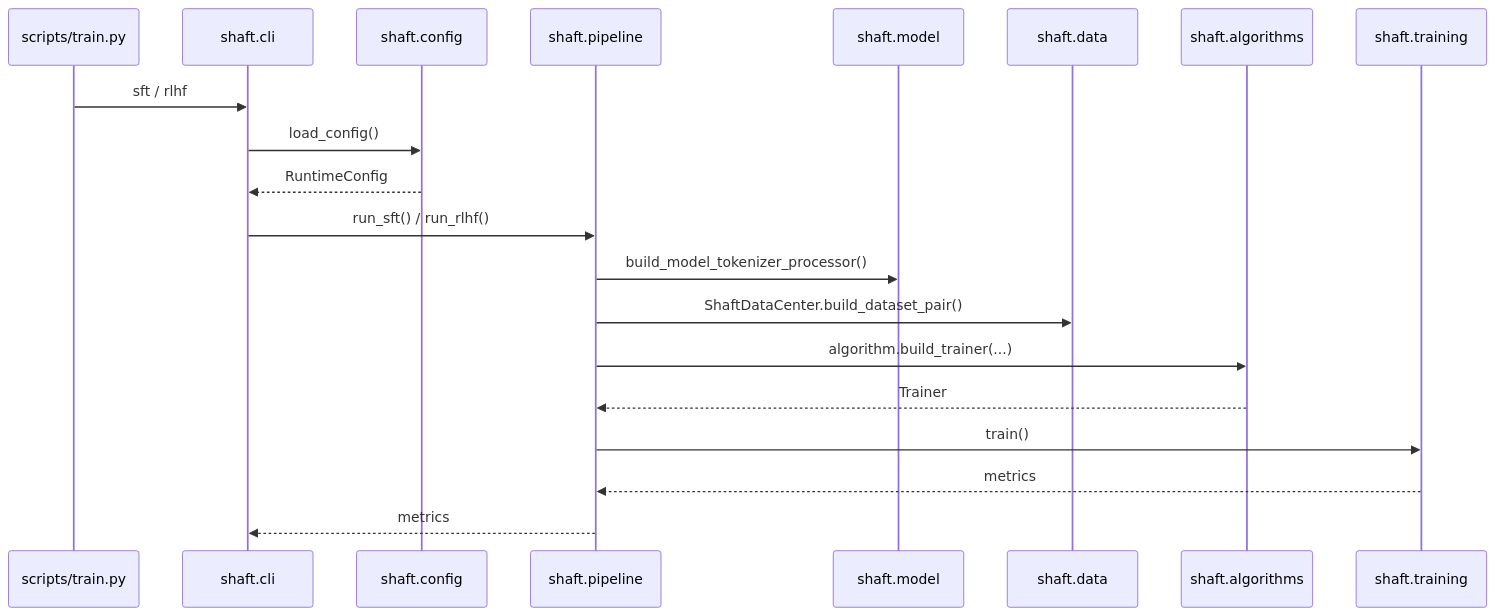
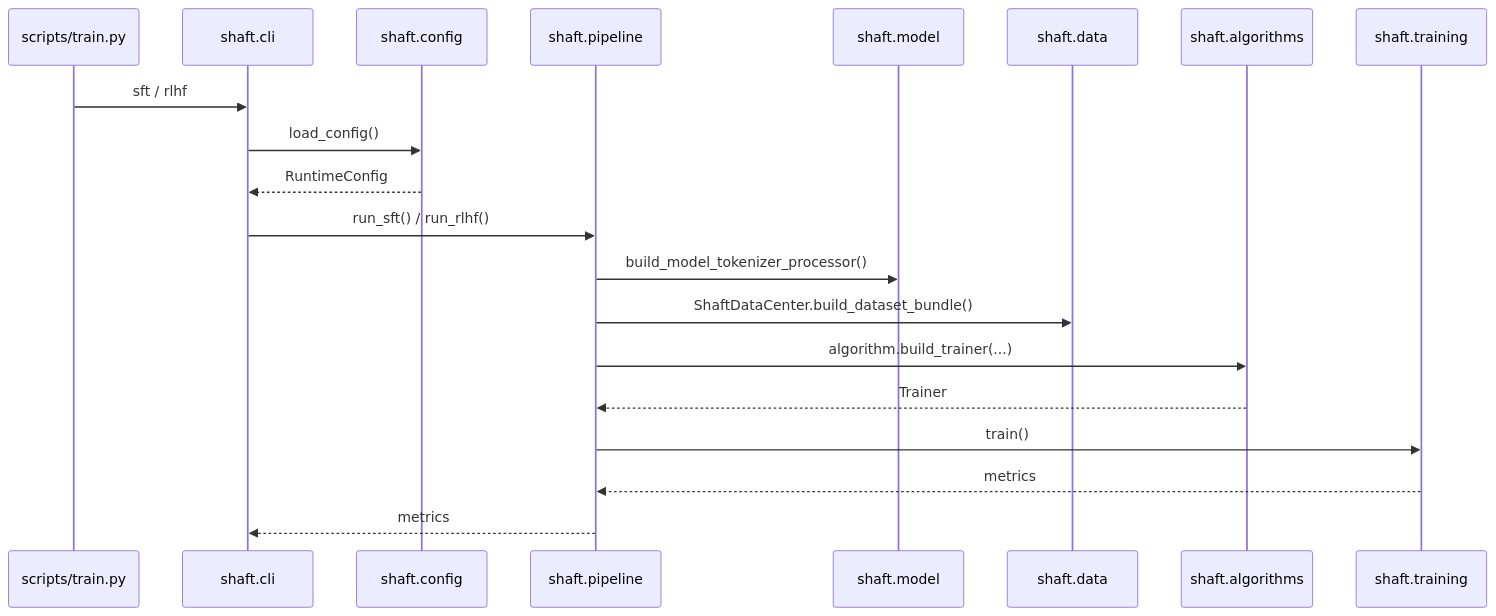
Before and after one commit to BITnene465/shaft: the second of 4 diagrams in docs/architecture.md, drawn with Mermaid. The commit also changed other lines of this file and 24 other files, not shown here.

````diff
--- a/docs/architecture.md
+++ b/docs/architecture.md
@@ -109,23 +109,23 @@
 ```mermaid
 sequenceDiagram
     participant Script as scripts/train.py
     participant CLI as shaft.cli
     participant Config as shaft.config
     participant Pipeline as shaft.pipeline
     participant Model as shaft.model
     participant Data as shaft.data
     participant Algo as shaft.algorithms
     participant Trainer as shaft.training
 
     Script->>CLI: sft / rlhf
     CLI->>Config: load_config()
     Config-->>CLI: RuntimeConfig
     CLI->>Pipeline: run_sft() / run_rlhf()
     Pipeline->>Model: build_model_tokenizer_processor()
-    Pipeline->>Data: ShaftDataCenter.build_dataset_pair()
+    Pipeline->>Data: ShaftDataCenter.build_dataset_bundle()
     Pipeline->>Algo: algorithm.build_trainer(...)
     Algo-->>Pipeline: Trainer
     Pipeline->>Trainer: train()
     Trainer-->>Pipeline: metrics
     Pipeline-->>CLI: metrics
 ```
````
